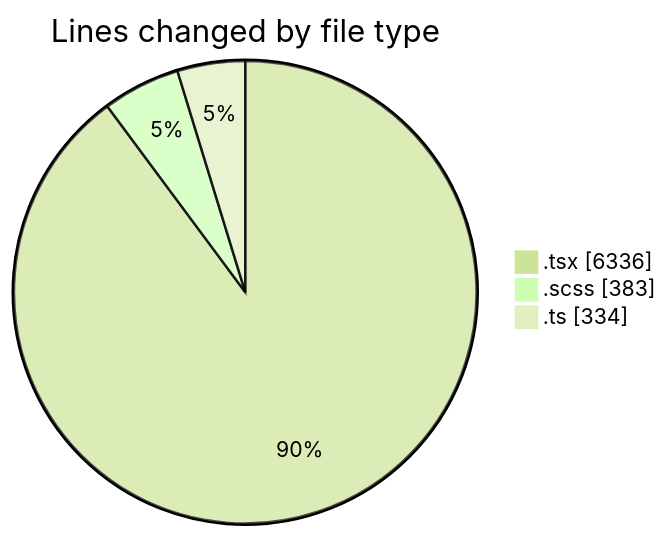
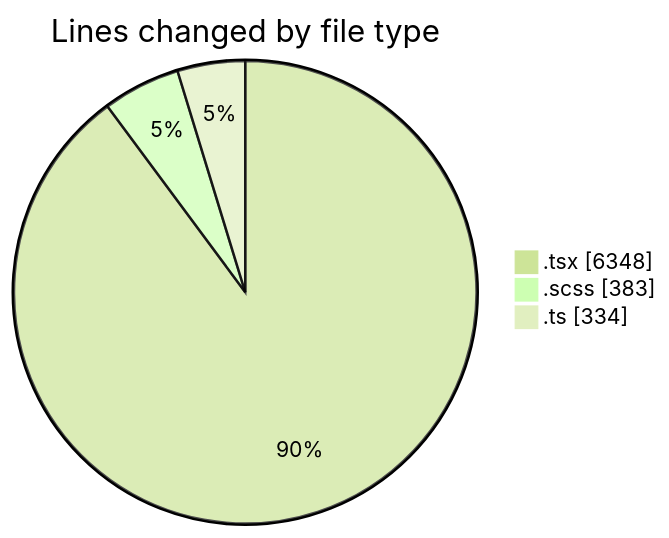
The first of 2 diagrams in 2025-07-03/cda/README.md (momahboobian/code-tracking), drawn with Mermaid (forest theme) before and after one commit. The commit also changed other lines of this file and 1 other file, not shown here.

````diff
--- a/2025-07-03/cda/README.md
+++ b/2025-07-03/cda/README.md
@@ -40,7 +40,7 @@
 ```mermaid
 pie showData
 title Lines changed by file type
-".tsx" : 6336
+".tsx" : 6348
 ".scss" : 383
 ".ts" : 334
 ```
````
